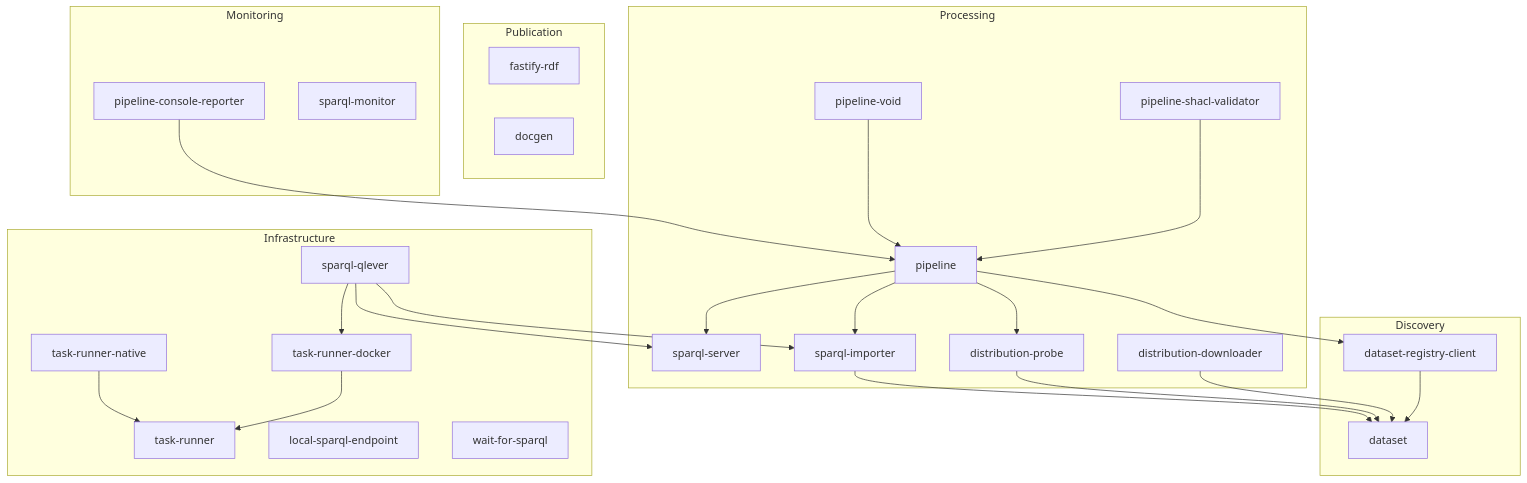
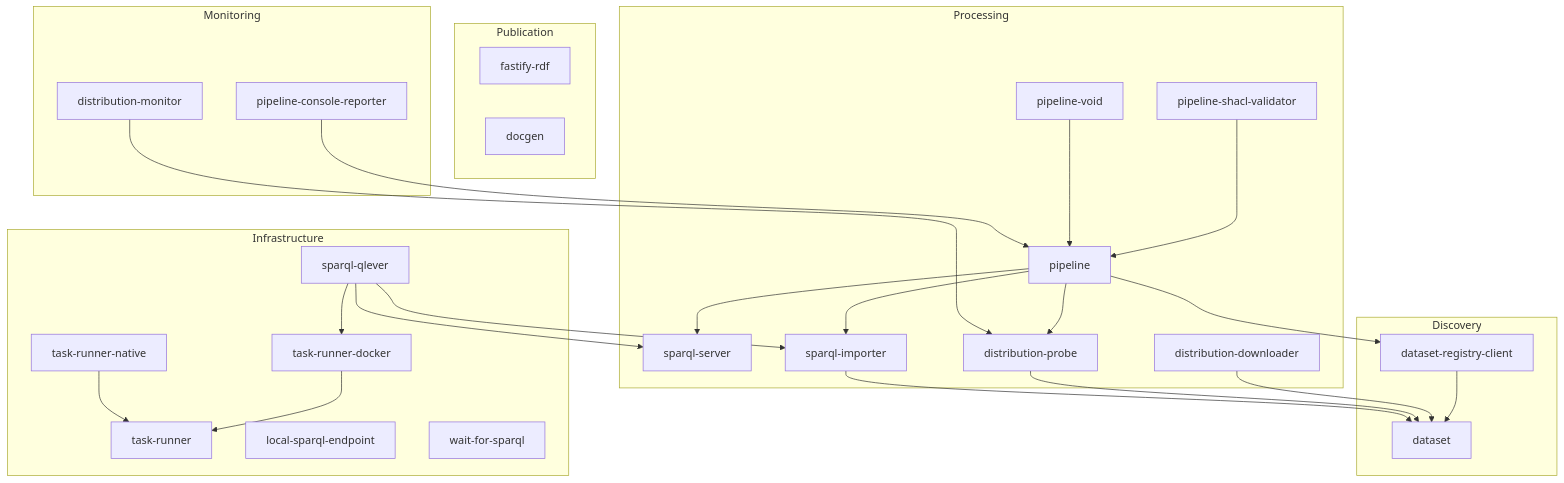
Before and after one commit to ldengine/lde: the diagram in README.md, drawn with Mermaid. The commit also changed other lines of this file and 38 other files, not shown here.

First line of the commit message:
feat: consolidate probing, rename sparql-monitor to distribution-monitor (#358)

````diff
--- a/README.md
+++ b/README.md
@@ -177,40 +177,40 @@
 ```mermaid
 graph TD
   subgraph Discovery
     dataset
     dataset-registry-client --> dataset
   end
 
   subgraph Processing
     pipeline --> dataset-registry-client
     pipeline --> sparql-server
     pipeline --> sparql-importer
     pipeline-shacl-validator --> pipeline
     pipeline-void --> pipeline
     distribution-downloader --> dataset
     distribution-probe --> dataset
     pipeline --> distribution-probe
     sparql-importer --> dataset
   end
 
   subgraph Publication
     fastify-rdf
     docgen
   end
 
   subgraph Monitoring
     pipeline-console-reporter --> pipeline
-    sparql-monitor
+    distribution-monitor --> distribution-probe
   end
 
   subgraph Infrastructure
     sparql-qlever --> sparql-importer
     sparql-qlever --> sparql-server
     sparql-qlever --> task-runner-docker
     task-runner-docker --> task-runner
     task-runner-native --> task-runner
     sparql-server
     local-sparql-endpoint
     wait-for-sparql
   end
 ```
````
